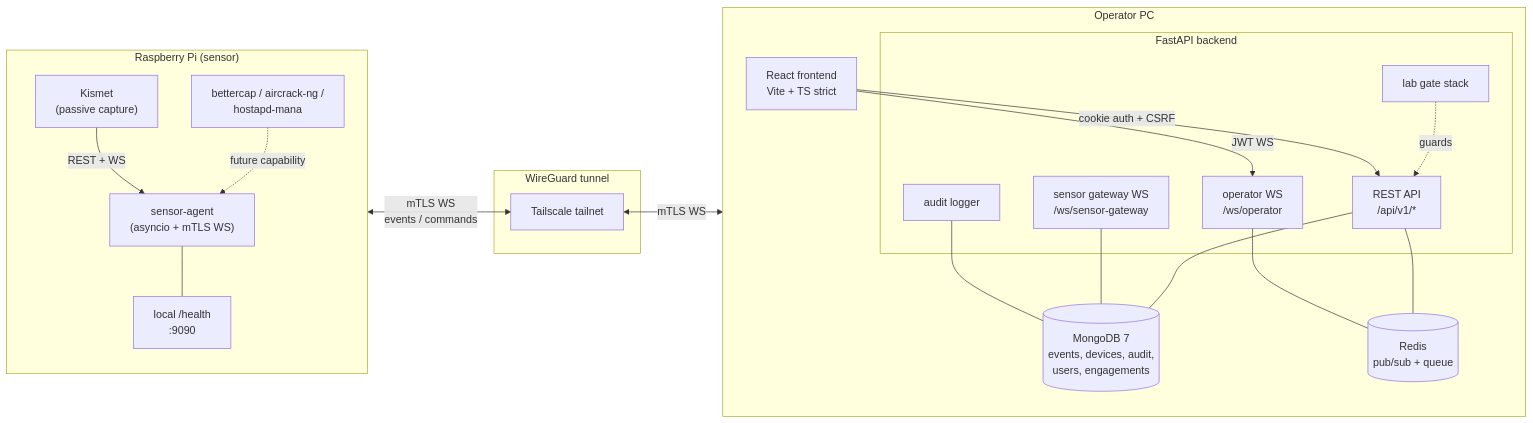
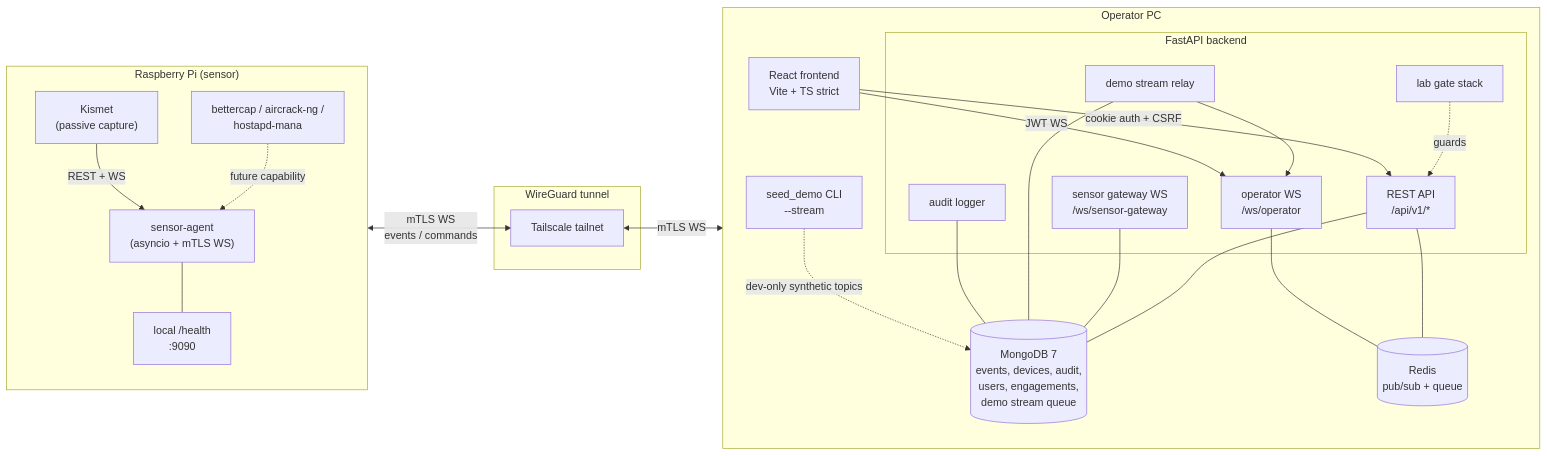
Before and after one commit to ShabalalaWATP/Pony: the first of 4 diagrams in docs/architecture.md, drawn with Mermaid. The commit also changed other lines of this file and 15 other files, not shown here.

Commit message:
feat(backend): slice A - stream synthetic demo topics

````diff
--- a/docs/architecture.md
+++ b/docs/architecture.md
@@ -15,43 +15,48 @@
 ```mermaid
 flowchart LR
   subgraph PI["Raspberry Pi (sensor)"]
     direction TB
     K["Kismet<br/>(passive capture)"]
     B["bettercap / aircrack-ng /<br/>hostapd-mana"]
     SA["sensor-agent<br/>(asyncio + mTLS WS)"]
     HL["local /health<br/>:9090"]
     K -->|REST + WS| SA
     B -.->|future capability| SA
     SA --- HL
   end
 
   subgraph WS["WireGuard tunnel"]
     TS["Tailscale tailnet"]
   end
 
   subgraph PC["Operator PC"]
     direction TB
     subgraph BE["FastAPI backend"]
       API["REST API<br/>/api/v1/*"]
       SGW["sensor gateway WS<br/>/ws/sensor-gateway"]
       OWS["operator WS<br/>/ws/operator"]
+      DSR["demo stream relay"]
       GATE["lab gate stack"]
       AUDIT["audit logger"]
     end
-    MONGO[(MongoDB 7<br/>events, devices, audit,<br/>users, engagements)]
+    MONGO[(MongoDB 7<br/>events, devices, audit,<br/>users, engagements,<br/>demo stream queue)]
     REDIS[(Redis<br/>pub/sub + queue)]
     FE["React frontend<br/>Vite + TS strict"]
+    DEMO["seed_demo CLI<br/>--stream"]
 
     API --- MONGO
     API --- REDIS
     SGW --- MONGO
+    DSR --- MONGO
+    DSR --> OWS
     OWS --- REDIS
     GATE -.->|guards| API
     AUDIT --- MONGO
+    DEMO -.->|dev-only synthetic topics| MONGO
     FE -->|cookie auth + CSRF| API
     FE -->|JWT WS| OWS
   end
 
   SA <-->|mTLS WS<br/>events / commands| TS
   TS <-->|mTLS WS| SGW
 ```
````
